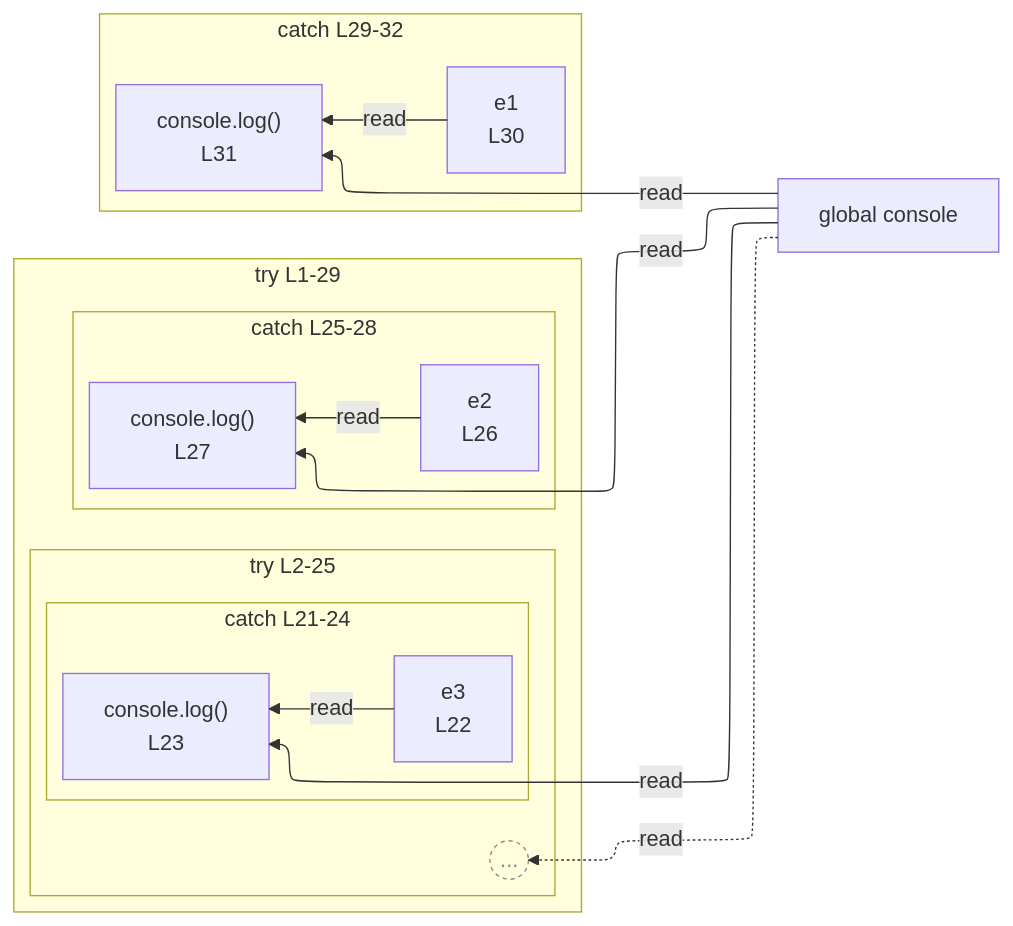
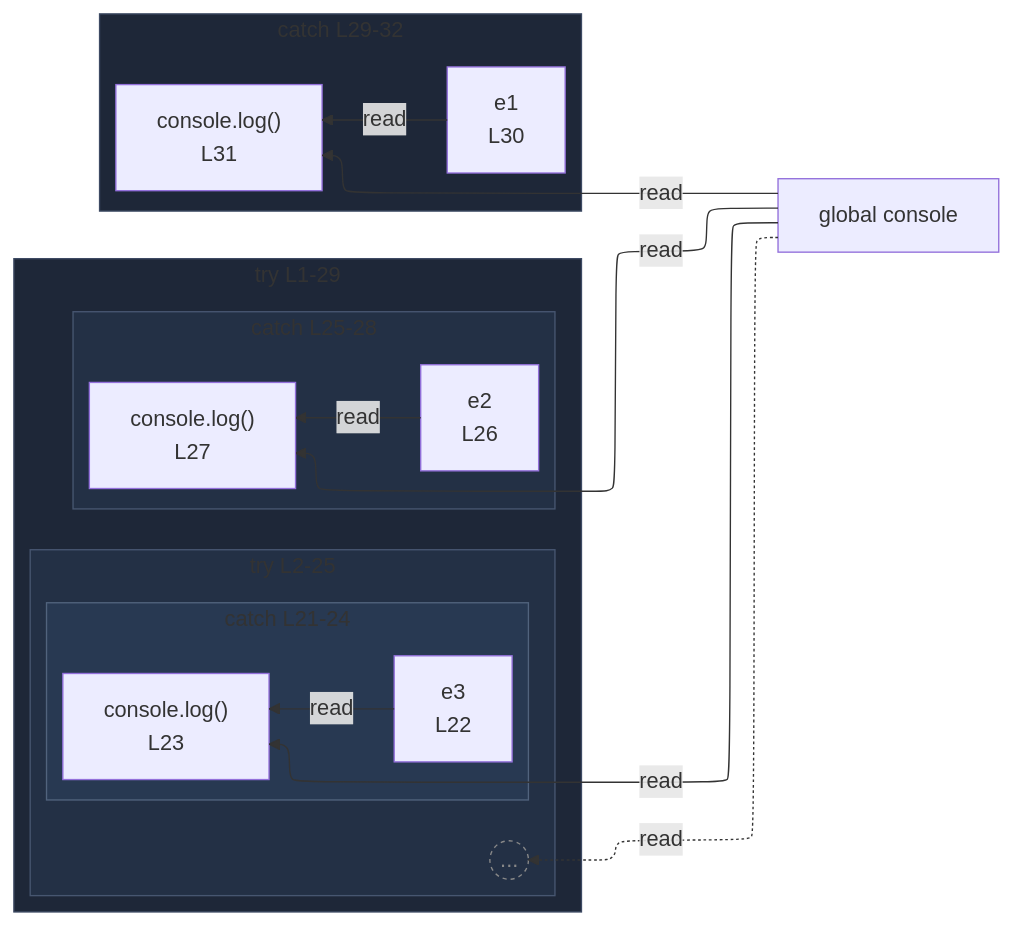
Before and after one commit to crescware/unsnarl: the diagram in integration/fixtures/app-behavior/depth/try-catch-finally/depth-2/preview.md, drawn with Mermaid. The commit also changed 249 other files, not shown here.

First line of the commit message:
Color Mermaid subgraphs by nesting depth via theme palette

````diff
--- a/integration/fixtures/app-behavior/depth/try-catch-finally/depth-2/preview.md
+++ b/integration/fixtures/app-behavior/depth/try-catch-finally/depth-2/preview.md
@@ -48,36 +48,44 @@
 ```mermaid
 %%{init: {"flowchart": {"defaultRenderer": "elk"}}}%%
 flowchart RL
   n_scope_0_console_103["global console"]
   subgraph s_scope_1["try L1-29"]
     direction RL
     subgraph s_scope_2["try L2-25"]
       direction RL
       beyond_depth_s_scope_2((...))
       subgraph s_scope_10["catch L21-24"]
         direction RL
         n_scope_10_e3_391["e3<br/>L22"]
         expr_stmt_408["console.log()<br/>L23"]
       end
     end
     subgraph s_scope_11["catch L25-28"]
       direction RL
       n_scope_11_e2_453["e2<br/>L26"]
       expr_stmt_468["console.log()<br/>L27"]
     end
   end
   subgraph s_scope_12["catch L29-32"]
     direction RL
     n_scope_12_e1_507["e1<br/>L30"]
     expr_stmt_520["console.log()<br/>L31"]
   end
   n_scope_0_console_103 -.->|read| beyond_depth_s_scope_2
   n_scope_0_console_103 -->|read| expr_stmt_408
   n_scope_10_e3_391 -->|read| expr_stmt_408
   n_scope_0_console_103 -->|read| expr_stmt_468
   n_scope_11_e2_453 -->|read| expr_stmt_468
   n_scope_0_console_103 -->|read| expr_stmt_520
   n_scope_12_e1_507 -->|read| expr_stmt_520
   classDef boundaryStub fill:transparent,stroke:#888,stroke-dasharray:3 3,color:#888;
   class beyond_depth_s_scope_2 boundaryStub;
+  classDef nestL1 fill:#1e2738,stroke:#3d4a63;
+  class s_scope_1 nestL1;
+  class s_scope_12 nestL1;
+  classDef nestL2 fill:#233045,stroke:#475670;
+  class s_scope_2 nestL2;
+  class s_scope_11 nestL2;
+  classDef nestL3 fill:#283952,stroke:#51637d;
+  class s_scope_10 nestL3;
 ```
````
